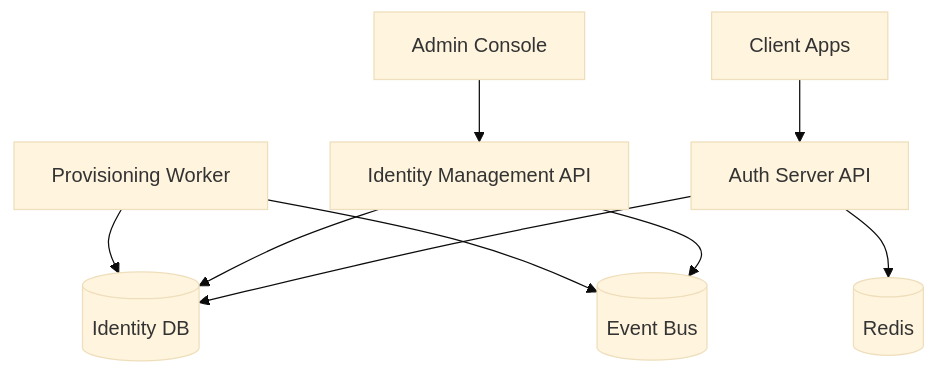
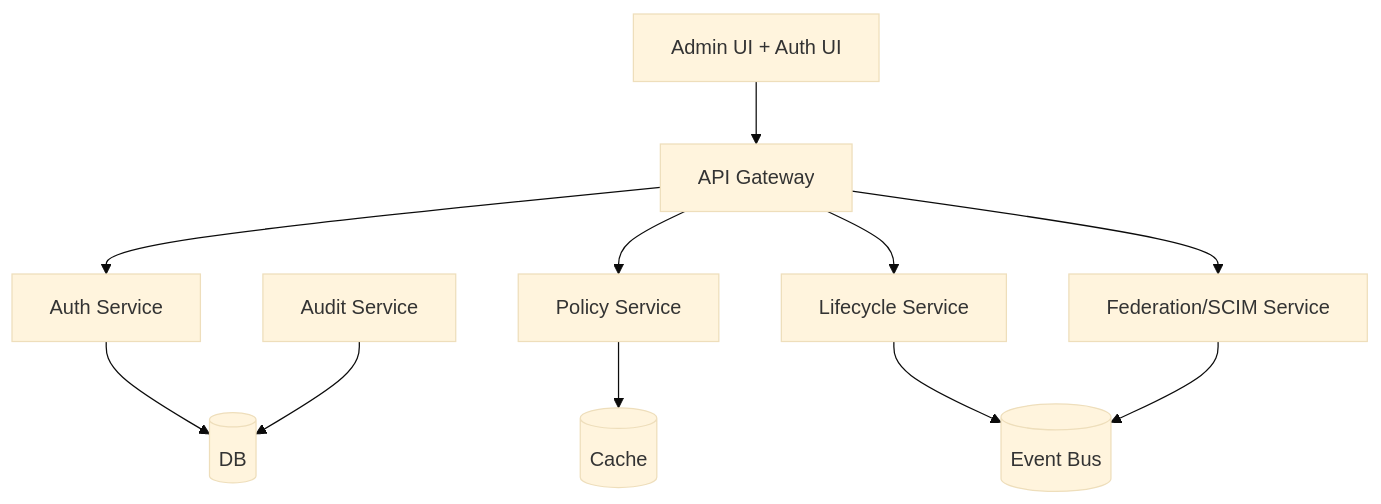
Before and after one commit to 0Ankit0/Project-Ideas: the second of 2 diagrams in Identity and Access Management Platform/high-level-design/c4-diagrams.md, drawn with Mermaid (base theme). The commit also changed other lines of this file and 37 other files, not shown here.

````diff
--- a/Identity and Access Management Platform/high-level-design/c4-diagrams.md
+++ b/Identity and Access Management Platform/high-level-design/c4-diagrams.md
@@ -15,19 +13,24 @@
 ```mermaid
 flowchart TB
-    Console[Admin Console]
-    AS[Auth Server API]
-    Mgmt[Identity Management API]
-    Worker[Provisioning Worker]
-    DB[(Identity DB)]
-    Cache[(Redis)]
-    MQ[(Event Bus)]
+  UI[Admin UI + Auth UI]
+  Gateway[API Gateway]
+  AuthSvc[Auth Service]
+  PolicySvc[Policy Service]
+  LifecycleSvc[Lifecycle Service]
+  FedSvc[Federation/SCIM Service]
+  AuditSvc[Audit Service]
+  DB[(DB)]
+  Cache[(Cache)]
+  Bus[(Event Bus)]
 
-    Console --> Mgmt
-    Apps[Client Apps] --> AS
-    AS --> DB
-    Mgmt --> DB
-    AS --> Cache
-    Mgmt --> MQ
-    Worker --> MQ
-    Worker --> DB
+  UI --> Gateway
+  Gateway --> AuthSvc
+  Gateway --> PolicySvc
+  Gateway --> LifecycleSvc
+  Gateway --> FedSvc
+  AuthSvc --> DB
+  PolicySvc --> Cache
+  LifecycleSvc --> Bus
+  FedSvc --> Bus
+  AuditSvc --> DB
 ```
````
